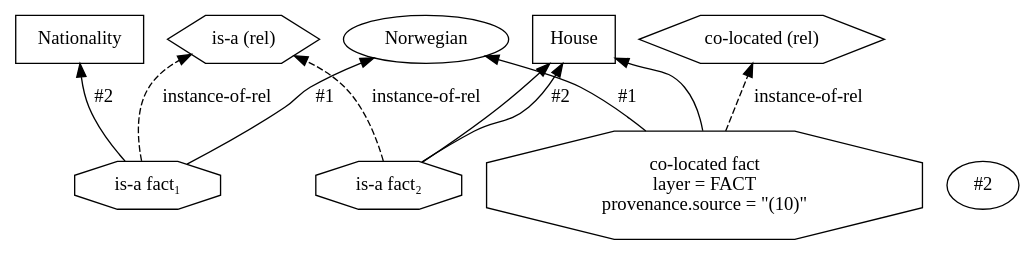
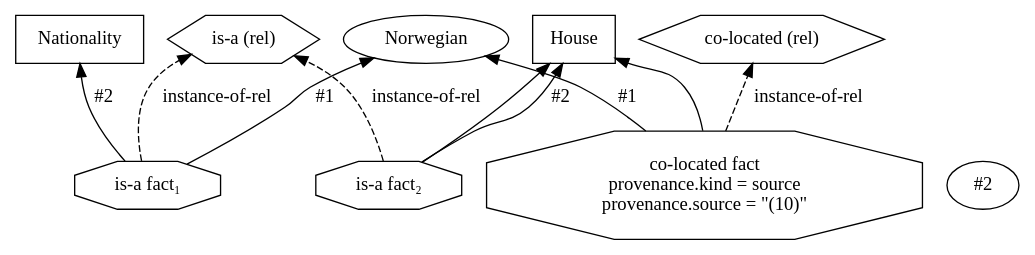
The seventh of 7 diagrams in docs/kernel/ir/01-ein-graph/01_kb.md (agutikov/ein), drawn with Graphviz before and after one commit. The commit also changed other lines of this file and 92 other files, not shown here.

````diff
--- a/docs/kernel/ir/01-ein-graph/01_kb.md
+++ b/docs/kernel/ir/01-ein-graph/01_kb.md
@@ -448,36 +448,36 @@
 ```dot
 digraph zebra_fragment_levi {
   rankdir=BT;
 
   // Relation declarations
   rel_isa   [shape=hexagon, label="is-a (rel)"];
   rel_coloc [shape=hexagon, label="co-located (rel)"];
 
   // Types
   Nationality [shape=box];
   House       [shape=box];
 
   // Objects
   Norwegian   [shape=ellipse];
   House-1     [shape=ellipse];
 
   // is-a facts (octagons)
   isa_fact_1 [shape=octagon, label="is-a fact₁"];
   isa_fact_2 [shape=octagon, label="is-a fact₂"];
   isa_fact_1 -> Norwegian   [label="#1"];
   isa_fact_1 -> Nationality [label="#2"];
   isa_fact_2 -> House-1     [label="#1"];
   isa_fact_2 -> House       [label="#2"];
   isa_fact_1 -> rel_isa     [label="instance-of-rel", style=dashed];
   isa_fact_2 -> rel_isa     [label="instance-of-rel", style=dashed];
 
   // The propositional co-located fact
   coloc_fact [
     shape=octagon,
-    label="co-located fact\nlayer = FACT\nprovenance.source = \"(10)\"",
+    label="co-located fact\nprovenance.kind = source\nprovenance.source = \"(10)\"",
   ];
   coloc_fact -> Norwegian [label="#1"];
   coloc_fact -> House-1   [label="#2"];
   coloc_fact -> rel_coloc [label="instance-of-rel", style=dashed];
 }
 ```
````
